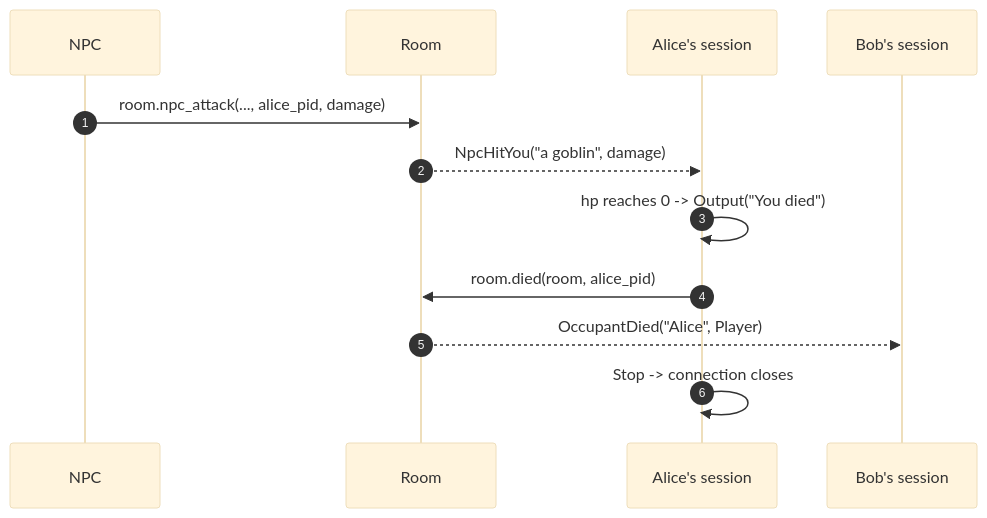
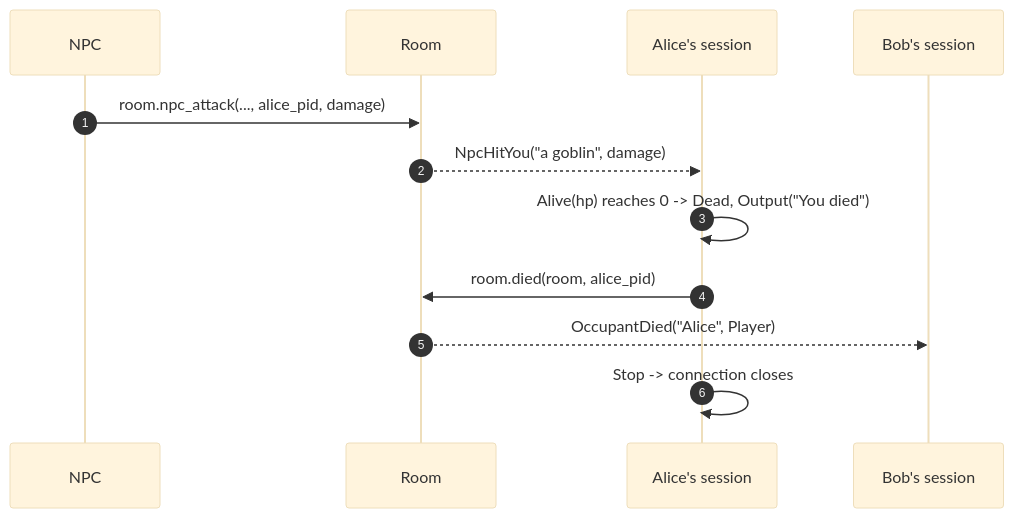
One commit to dlozeve/mud changed the seventh of 9 diagrams in README.md. Above: the diagram before and after it, drawn with Mermaid (base theme). The commit also changed other lines of this file, not shown here.

First line of the commit message:
docs: update README flows for the refactored types

````diff
--- a/README.md
+++ b/README.md
@@ -305,15 +305,15 @@
 ```mermaid
 sequenceDiagram
   autonumber
   participant N as NPC
   participant R as Room
   participant S as Alice's session
   participant B as Bob's session
 
   N->>R: room.npc_attack(..., alice_pid, damage)
   R-->>S: NpcHitYou("a goblin", damage)
-  S->>S: hp reaches 0 -> Output("You died")
+  S->>S: Alive(hp) reaches 0 -> Dead, Output("You died")
   S->>R: room.died(room, alice_pid)
   R-->>B: OccupantDied("Alice", Player)
   S->>S: Stop -> connection closes
 ```
````
